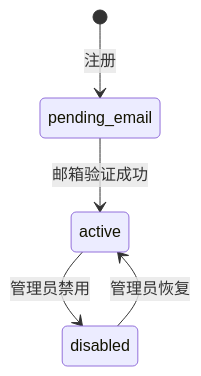
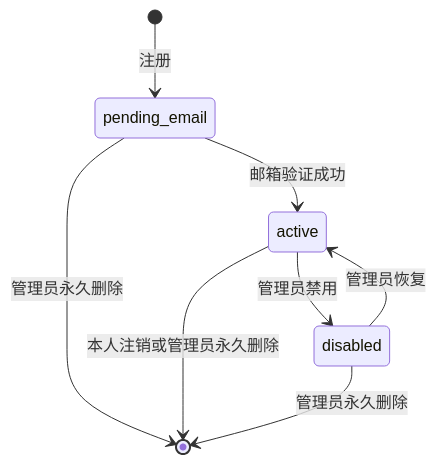
Before and after one commit to CosmosMount/homework_system: the first of 2 diagrams in .agents/docs/01-product-requirements.md, drawn with Mermaid. The commit also changed other lines of this file and 16 other files, not shown here.

````diff
--- a/.agents/docs/01-product-requirements.md
+++ b/.agents/docs/01-product-requirements.md
@@ -27,7 +28,10 @@
 ```mermaid
 stateDiagram-v2
     [*] --> pending_email: 注册
     pending_email --> active: 邮箱验证成功
     active --> disabled: 管理员禁用
     disabled --> active: 管理员恢复
+    pending_email --> [*]: 管理员永久删除
+    active --> [*]: 本人注销或管理员永久删除
+    disabled --> [*]: 管理员永久删除
 ```
````
